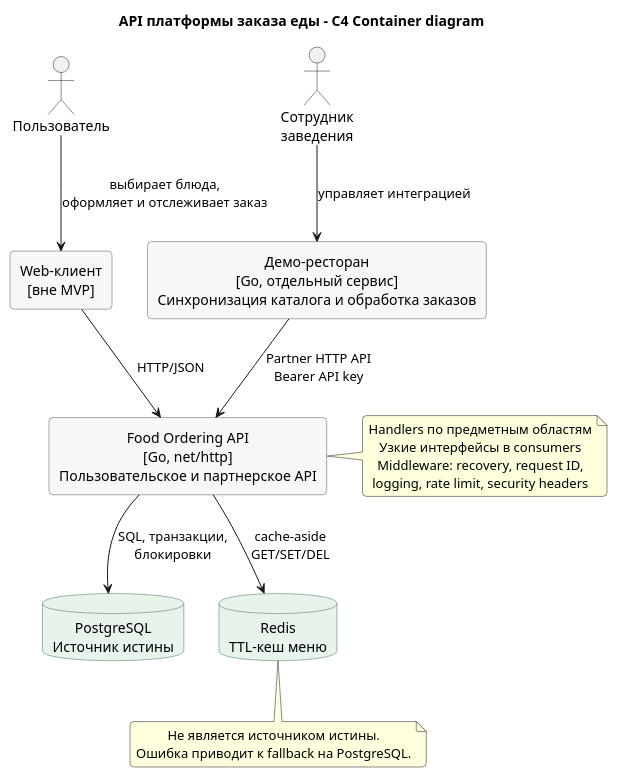
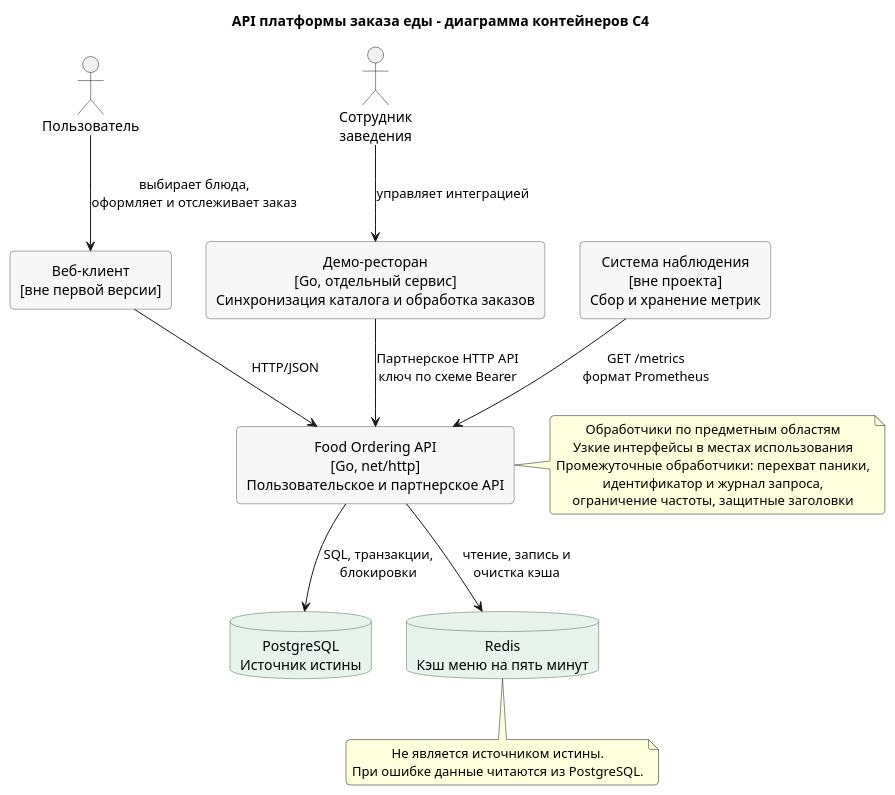
One commit to aartchik/food-ordering-api changed the diagram in docs/architecture.puml. Above: the diagram before and after it, drawn with PlantUML. The commit also changed 4 other files, not shown here.

Commit message:
fix project diagrams

```diff
--- a/docs/architecture.puml
+++ b/docs/architecture.puml
@@ -1,44 +1,47 @@
 @startuml architecture
-title API платформы заказа еды - C4 Container diagram
+title API платформы заказа еды - диаграмма контейнеров C4
 
 skinparam shadowing false
 skinparam roundcorner 8
 skinparam defaultTextAlignment center
 skinparam rectangle {
   BackgroundColor #F7F7F7
   BorderColor #555555
 }
 skinparam database {
   BackgroundColor #E8F3EC
   BorderColor #41734F
 }
 
 actor "Пользователь" as user
 actor "Сотрудник\nзаведения" as partner
 
-rectangle "Web-клиент\n[вне MVP]" as web
+rectangle "Веб-клиент\n[вне первой версии]" as web
 rectangle "Food Ordering API\n[Go, net/http]\nПользовательское и партнерское API" as api
 rectangle "Демо-ресторан\n[Go, отдельный сервис]\nСинхронизация каталога и обработка заказов" as restaurant
+rectangle "Система наблюдения\n[вне проекта]\nСбор и хранение метрик" as monitoring
 database "PostgreSQL\nИсточник истины" as postgres
-database "Redis\nTTL-кеш меню" as redis
+database "Redis\nКэш меню на пять минут" as redis
 
 user --> web : выбирает блюда,\nоформляет и отслеживает заказ
 web --> api : HTTP/JSON
 partner --> restaurant : управляет интеграцией
-restaurant --> api : Partner HTTP API\nBearer API key
+restaurant --> api : Партнерское HTTP API\nключ по схеме Bearer
+monitoring --> api : GET /metrics\nформат Prometheus
 api --> postgres : SQL, транзакции,\nблокировки
-api --> redis : cache-aside\nGET/SET/DEL
+api --> redis : чтение, запись и\nочистка кэша
 
 note right of api
-  Handlers по предметным областям
-  Узкие интерфейсы в consumers
-  Middleware: recovery, request ID,
-  logging, rate limit, security headers
+  Обработчики по предметным областям
+  Узкие интерфейсы в местах использования
+  Промежуточные обработчики: перехват паники,
+  идентификатор и журнал запроса,
+  ограничение частоты, защитные заголовки
 end note
 
 note bottom of redis
   Не является источником истины.
-  Ошибка приводит к fallback на PostgreSQL.
+  При ошибке данные читаются из PostgreSQL.
 end note
 
 @enduml
```
